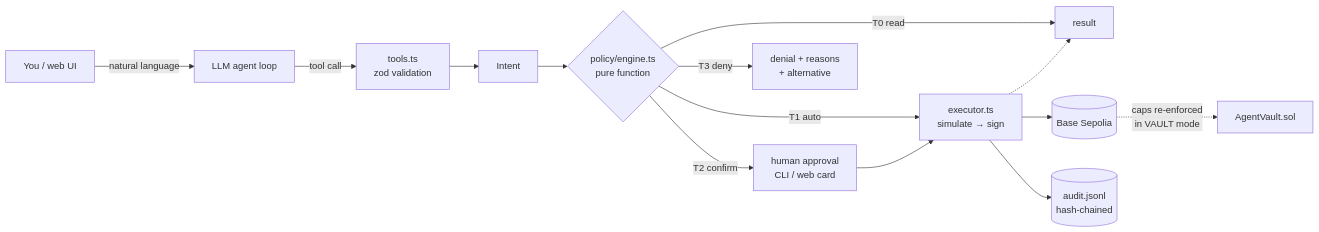
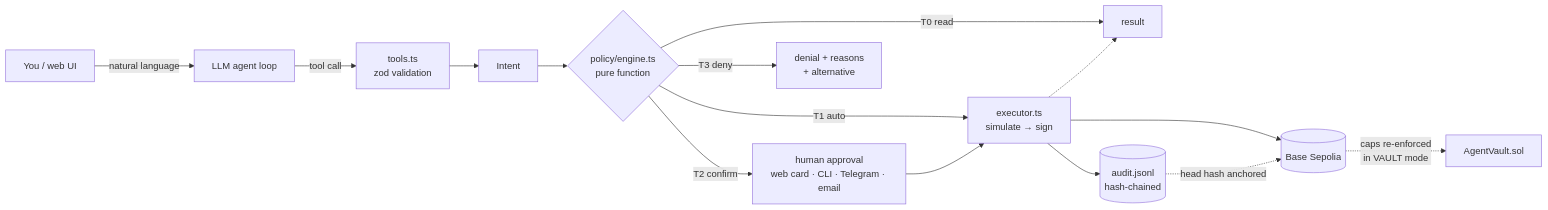
Before and after one commit to MARUF-1508/AgentVault: the diagram in README.md, drawn with Mermaid. The commit also changed other lines of this file and 6 other files, not shown here.

````diff
--- a/README.md
+++ b/README.md
@@ -14,16 +15,17 @@
 ```mermaid
 flowchart LR
   U[You / web UI] -->|natural language| A[LLM agent loop]
   A -->|tool call| T[tools.ts<br/>zod validation]
   T --> I[Intent]
   I --> P{policy/engine.ts<br/>pure function}
   P -->|T0 read| R[result]
   P -->|T1 auto| X
-  P -->|T2 confirm| H[human approval<br/>CLI / web card]
+  P -->|T2 confirm| H[human approval<br/>web card · CLI · Telegram · email]
   H --> X
   P -->|T3 deny| D[denial + reasons<br/>+ alternative]
   X[executor.ts<br/>simulate → sign] --> C[(Base Sepolia)]
   X --> L[(audit.jsonl<br/>hash-chained)]
+  L -.->|head hash anchored| C
   C -.->|caps re-enforced<br/>in VAULT mode| V[AgentVault.sol]
   X -.-> R
 ```
````
